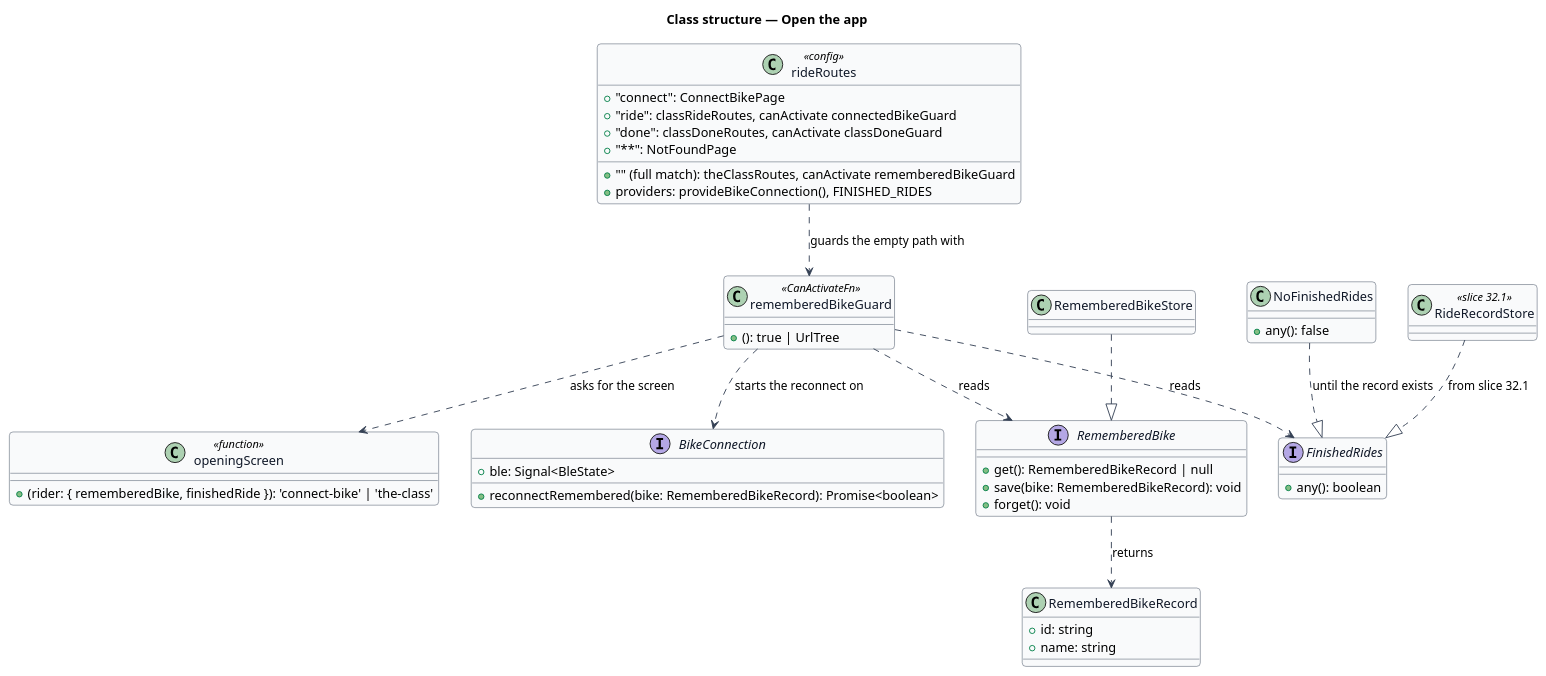
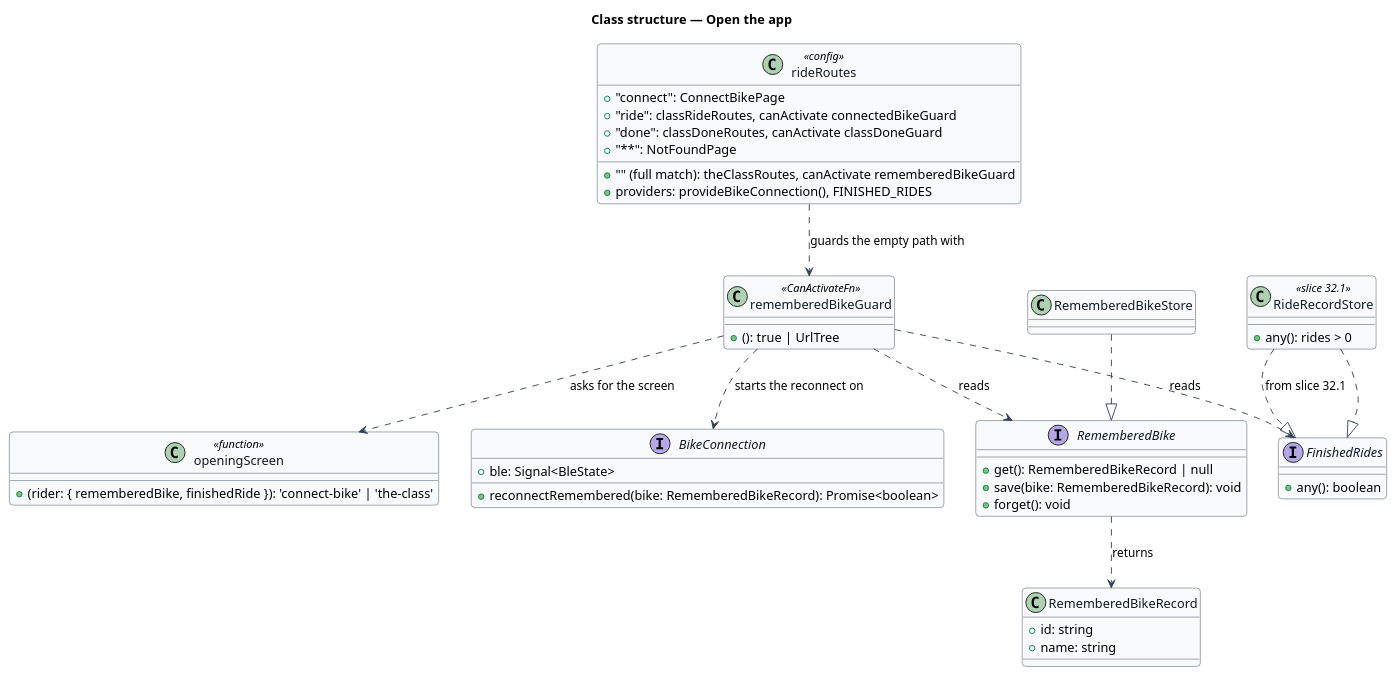
Before and after one commit to QuinntyneBrown/ride-one: the diagram in docs/detailed-designs/the-class/open-the-app/diagrams/class-structure.puml, drawn with PlantUML. The commit also changed 18 other files, not shown here.

```diff
--- a/docs/detailed-designs/the-class/open-the-app/diagrams/class-structure.puml
+++ b/docs/detailed-designs/the-class/open-the-app/diagrams/class-structure.puml
@@ -1,68 +1,68 @@
 @startuml
 ' --- shared skin header ---
 skinparam backgroundColor #FFFFFF
 skinparam shadowing false
 skinparam roundcorner 8
 skinparam defaultFontName Arial
 skinparam ArrowColor #344054
 skinparam class {
   BorderColor #344054
   FontColor #101828
   BackgroundColor #F9FAFB
 }
 ' --------------------------
 title Class structure — Open the app
 
 class rideRoutes <<config>> {
   +"connect": ConnectBikePage
   +"" (full match): theClassRoutes, canActivate rememberedBikeGuard
   +"ride": classRideRoutes, canActivate connectedBikeGuard
   +"done": classDoneRoutes, canActivate classDoneGuard
   +"**": NotFoundPage
   +providers: provideBikeConnection(), FINISHED_RIDES
 }
 
 class rememberedBikeGuard <<CanActivateFn>> {
   +(): true | UrlTree
 }
 
 interface RememberedBike {
   +get(): RememberedBikeRecord | null
   +save(bike: RememberedBikeRecord): void
   +forget(): void
 }
 
 interface FinishedRides {
   +any(): boolean
 }
 
 class openingScreen <<function>> {
   +(rider: { rememberedBike, finishedRide }): 'connect-bike' | 'the-class'
 }
 
 class RememberedBikeRecord {
   +id: string
   +name: string
 }
 
 interface BikeConnection {
   +ble: Signal<BleState>
   +reconnectRemembered(bike: RememberedBikeRecord): Promise<boolean>
 }
 
 class RememberedBikeStore
-class NoFinishedRides {
-  +any(): false
+class RideRecordStore {
+  +any(): rides > 0
 }
 class RideRecordStore <<slice 32.1>>
 
 rideRoutes ..> rememberedBikeGuard : guards the empty path with
 rememberedBikeGuard ..> RememberedBike : reads
 rememberedBikeGuard ..> FinishedRides : reads
 rememberedBikeGuard ..> openingScreen : asks for the screen
 rememberedBikeGuard ..> BikeConnection : starts the reconnect on
 RememberedBike ..> RememberedBikeRecord : returns
 RememberedBikeStore ..|> RememberedBike
-NoFinishedRides ..|> FinishedRides : until the record exists
+RideRecordStore ..|> FinishedRides
 RideRecordStore ..|> FinishedRides : from slice 32.1
 @enduml
```
